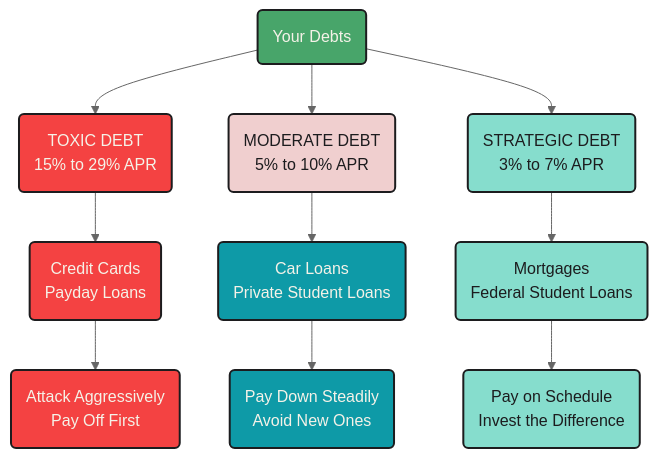
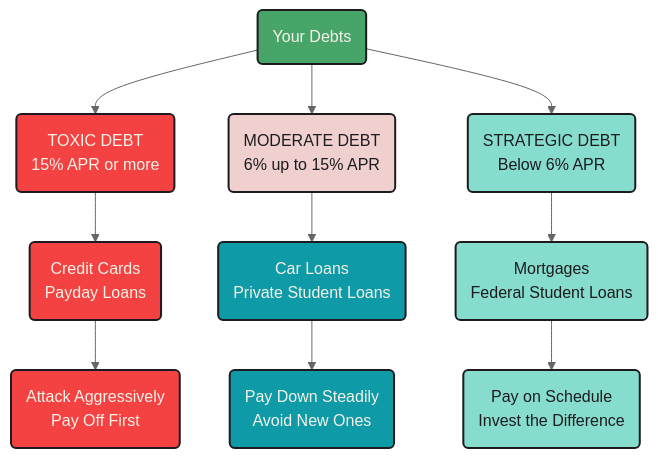
Before and after one commit to mjfrigaard/fm-finance: the first of 7 diagrams in managing_debt.qmd, drawn with Mermaid.

Commit message:
set debt hierarchy tiers to 15% and 6% APR cutoffs

````diff
--- a/managing_debt.qmd
+++ b/managing_debt.qmd
@@ -24,28 +24,28 @@
 ```{mermaid}
 %%| fig-cap: 'Know Your Enemy'
 %%| fig-align: center
 %%{init: {'theme': 'neutral', 'themeVariables': { 'fontFamily': 'monospace', "darkMode":false, "fontSize":"16px"}}}%%
 
 flowchart TD
-    AllDebt("Your Debts") --> Toxic("TOXIC DEBT<br>15% to 29% APR")
-    AllDebt --> Moderate("MODERATE DEBT<br>5% to 10% APR")
-    AllDebt --> Strategic("STRATEGIC DEBT<br>3% to 7% APR")
+    AllDebt("Your Debts") --> Toxic("TOXIC DEBT<br>15% APR or more")
+    AllDebt --> Moderate("MODERATE DEBT<br>6% up to 15% APR")
+    AllDebt --> Strategic("STRATEGIC DEBT<br>Below 6% APR")
 
     Toxic --> CreditCards("Credit Cards<br>Payday Loans")
     Moderate --> CarLoans("Car Loans<br>Private Student Loans")
     Strategic --> Mortgages("Mortgages<br>Federal Student Loans")
 
     CreditCards --> Attack1("Attack Aggressively<br>Pay Off First")
     CarLoans --> Attack2("Pay Down Steadily<br>Avoid New Ones")
     Mortgages --> Attack3("Pay on Schedule<br>Invest the Difference")
     style AllDebt fill:#48a56a,color:#F5F2E8,stroke:#1C1C1E,stroke-width:2px
     style Toxic fill:#f44242,color:#F5F2E8,stroke:#1C1C1E,stroke-width:2px
     style Moderate fill:#f0cfcf,color:#1C1C1E,stroke:#1C1C1E,stroke-width:2px
     style Strategic fill:#86ddcd,color:#1C1C1E,stroke:#1C1C1E,stroke-width:2px
     style CreditCards fill:#f44242,color:#F5F2E8,stroke:#1C1C1E,stroke-width:2px
     style CarLoans fill:#0e9aa7,color:#F5F2E8,stroke:#1C1C1E,stroke-width:2px
     style Mortgages fill:#86ddcd,color:#1C1C1E,stroke:#1C1C1E,stroke-width:2px
     style Attack1 fill:#f44242,color:#F5F2E8,stroke:#1C1C1E,stroke-width:2px
     style Attack2 fill:#0e9aa7,color:#F5F2E8,stroke:#1C1C1E,stroke-width:2px
     style Attack3 fill:#86ddcd,color:#1C1C1E,stroke:#1C1C1E,stroke-width:2px
 ```
````
